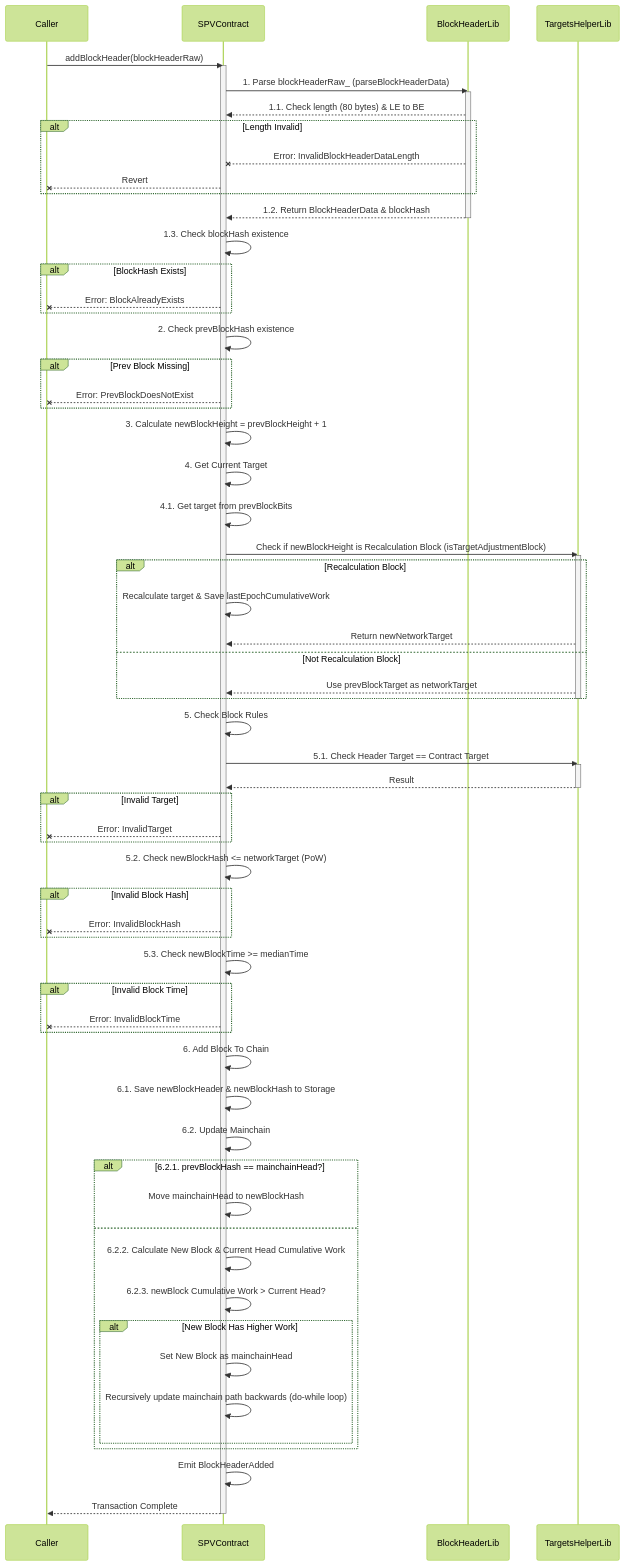
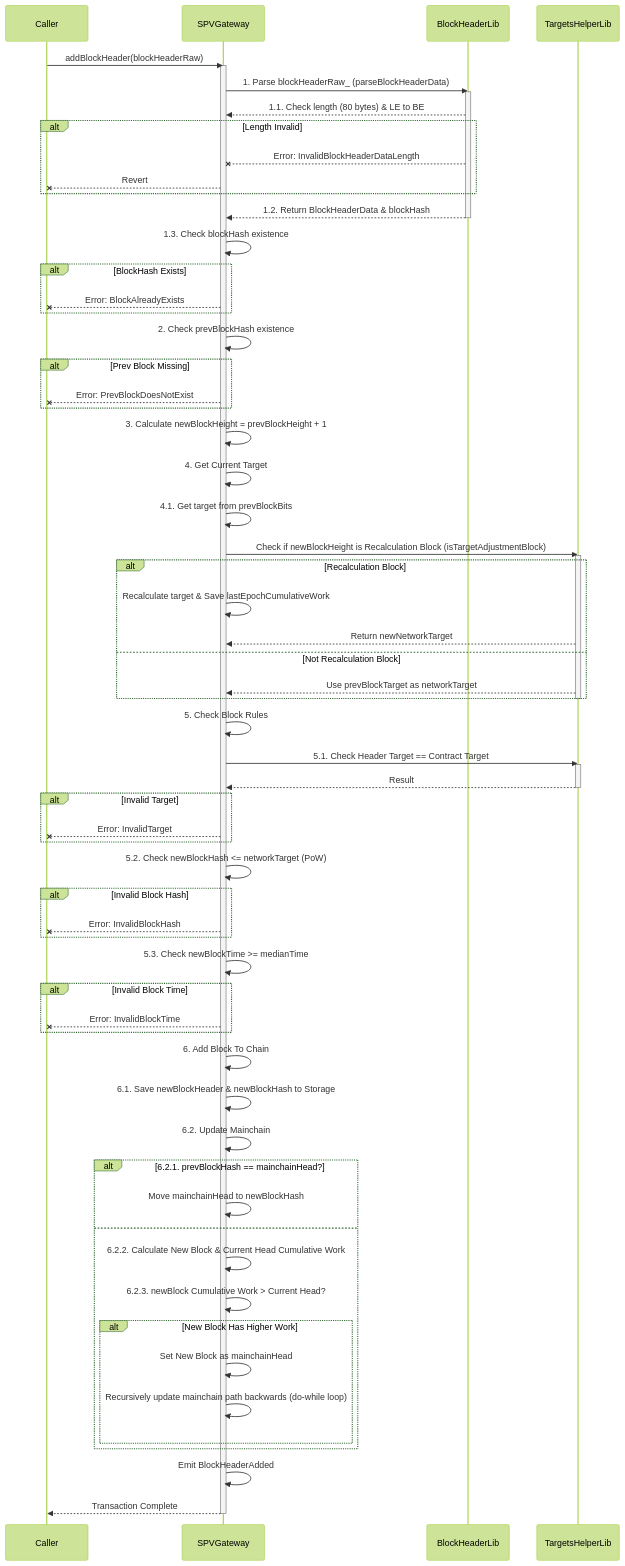
The first of 2 diagrams in README.md (distributed-lab/spv-gateway), drawn with Mermaid (forest theme) before and after one commit. The commit also changed other lines of this file and 8 other files, not shown here.

Commit message:
Rename contract to SPVGateway & update README

````diff
--- a/README.md
+++ b/README.md
@@ -40,82 +40,82 @@
 ```mermaid
 sequenceDiagram
   participant Caller
-  participant SPVContract
+  participant SPVGateway
   participant BlockHeaderLib
   participant TargetsHelperLib
 
-  Caller->>SPVContract: addBlockHeader(blockHeaderRaw)
-  activate SPVContract
+  Caller->>SPVGateway: addBlockHeader(blockHeaderRaw)
+  activate SPVGateway
 
-  SPVContract->>BlockHeaderLib: 1. Parse blockHeaderRaw_ (parseBlockHeaderData)
+  SPVGateway->>BlockHeaderLib: 1. Parse blockHeaderRaw_ (parseBlockHeaderData)
   activate BlockHeaderLib
-  BlockHeaderLib-->>SPVContract: 1.1. Check length (80 bytes) & LE to BE
+  BlockHeaderLib-->>SPVGateway: 1.1. Check length (80 bytes) & LE to BE
   alt Length Invalid
-      BlockHeaderLib--xSPVContract: Error: InvalidBlockHeaderDataLength
-      SPVContract--xCaller: Revert
+      BlockHeaderLib--xSPVGateway: Error: InvalidBlockHeaderDataLength
+      SPVGateway--xCaller: Revert
   end
-  BlockHeaderLib-->>SPVContract: 1.2. Return BlockHeaderData & blockHash
+  BlockHeaderLib-->>SPVGateway: 1.2. Return BlockHeaderData & blockHash
   deactivate BlockHeaderLib
 
-  SPVContract->>SPVContract: 1.3. Check blockHash existence
+  SPVGateway->>SPVGateway: 1.3. Check blockHash existence
   alt BlockHash Exists
-      SPVContract--xCaller: Error: BlockAlreadyExists
+      SPVGateway--xCaller: Error: BlockAlreadyExists
   end
 
-  SPVContract->>SPVContract: 2. Check prevBlockHash existence
+  SPVGateway->>SPVGateway: 2. Check prevBlockHash existence
   alt Prev Block Missing
-      SPVContract--xCaller: Error: PrevBlockDoesNotExist
+      SPVGateway--xCaller: Error: PrevBlockDoesNotExist
   end
 
-  SPVContract->>SPVContract: 3. Calculate newBlockHeight = prevBlockHeight + 1
+  SPVGateway->>SPVGateway: 3. Calculate newBlockHeight = prevBlockHeight + 1
 
-  SPVContract->>SPVContract: 4. Get Current Target
-  SPVContract->>SPVContract: 4.1. Get target from prevBlockBits
-  SPVContract->>TargetsHelperLib: Check if newBlockHeight is Recalculation Block (isTargetAdjustmentBlock)
+  SPVGateway->>SPVGateway: 4. Get Current Target
+  SPVGateway->>SPVGateway: 4.1. Get target from prevBlockBits
+  SPVGateway->>TargetsHelperLib: Check if newBlockHeight is Recalculation Block (isTargetAdjustmentBlock)
   activate TargetsHelperLib
   alt Recalculation Block
-      SPVContract->>SPVContract: Recalculate target & Save lastEpochCumulativeWork
-      TargetsHelperLib-->>SPVContract: Return newNetworkTarget
+      SPVGateway->>SPVGateway: Recalculate target & Save lastEpochCumulativeWork
+      TargetsHelperLib-->>SPVGateway: Return newNetworkTarget
   else Not Recalculation Block
-      TargetsHelperLib-->>SPVContract: Use prevBlockTarget as networkTarget
+      TargetsHelperLib-->>SPVGateway: Use prevBlockTarget as networkTarget
   end
   deactivate TargetsHelperLib
 
-  SPVContract->>SPVContract: 5. Check Block Rules
-  SPVContract->>TargetsHelperLib: 5.1. Check Header Target == Contract Target
+  SPVGateway->>SPVGateway: 5. Check Block Rules
+  SPVGateway->>TargetsHelperLib: 5.1. Check Header Target == Contract Target
   activate TargetsHelperLib
-  TargetsHelperLib-->>SPVContract: Result
+  TargetsHelperLib-->>SPVGateway: Result
   deactivate TargetsHelperLib
   alt Invalid Target
-      SPVContract--xCaller: Error: InvalidTarget
+      SPVGateway--xCaller: Error: InvalidTarget
   end
 
-  SPVContract->>SPVContract: 5.2. Check newBlockHash <= networkTarget (PoW)
+  SPVGateway->>SPVGateway: 5.2. Check newBlockHash <= networkTarget (PoW)
   alt Invalid Block Hash
-      SPVContract--xCaller: Error: InvalidBlockHash
+      SPVGateway--xCaller: Error: InvalidBlockHash
   end
 
-  SPVContract->>SPVContract: 5.3. Check newBlockTime >= medianTime
+  SPVGateway->>SPVGateway: 5.3. Check newBlockTime >= medianTime
   alt Invalid Block Time
-      SPVContract--xCaller: Error: InvalidBlockTime
+      SPVGateway--xCaller: Error: InvalidBlockTime
   end
 
-  SPVContract->>SPVContract: 6. Add Block To Chain
-  SPVContract->>SPVContract: 6.1. Save newBlockHeader & newBlockHash to Storage
+  SPVGateway->>SPVGateway: 6. Add Block To Chain
+  SPVGateway->>SPVGateway: 6.1. Save newBlockHeader & newBlockHash to Storage
 
-  SPVContract->>SPVContract: 6.2. Update Mainchain
+  SPVGateway->>SPVGateway: 6.2. Update Mainchain
   alt 6.2.1. prevBlockHash == mainchainHead?
-      SPVContract->>SPVContract: Move mainchainHead to newBlockHash
+      SPVGateway->>SPVGateway: Move mainchainHead to newBlockHash
   else
-      SPVContract->>SPVContract: 6.2.2. Calculate New Block & Current Head Cumulative Work
-      SPVContract->>SPVContract: 6.2.3. newBlock Cumulative Work > Current Head?
+      SPVGateway->>SPVGateway: 6.2.2. Calculate New Block & Current Head Cumulative Work
+      SPVGateway->>SPVGateway: 6.2.3. newBlock Cumulative Work > Current Head?
       alt New Block Has Higher Work
-          SPVContract->>SPVContract: Set New Block as mainchainHead
-          SPVContract->>SPVContract: Recursively update mainchain path backwards (do-while loop)
+          SPVGateway->>SPVGateway: Set New Block as mainchainHead
+          SPVGateway->>SPVGateway: Recursively update mainchain path backwards (do-while loop)
       end
   end
 
-  SPVContract->>SPVContract: Emit BlockHeaderAdded
-  SPVContract-->>Caller: Transaction Complete
-  deactivate SPVContract
+  SPVGateway->>SPVGateway: Emit BlockHeaderAdded
+  SPVGateway-->>Caller: Transaction Complete
+  deactivate SPVGateway
 ```
````
